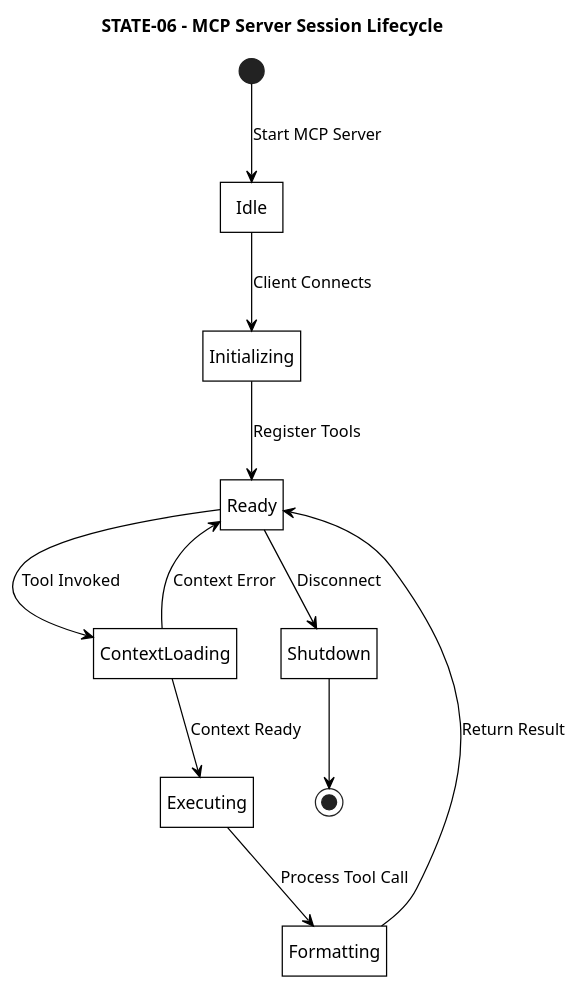
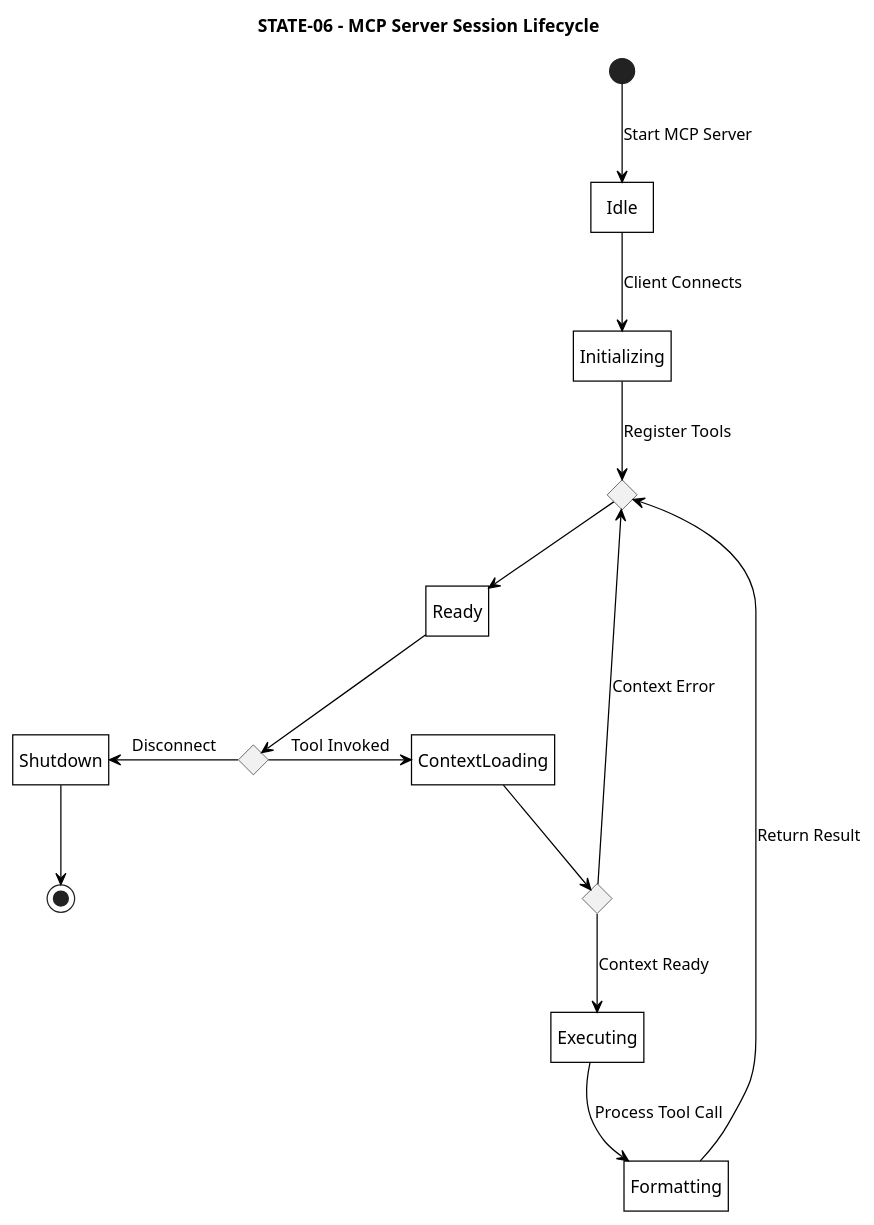
Before and after one commit to Litho-MD/uet-fyp-docs: the diagram in diagrams/puml/state-machine/06-mcp-session.puml, drawn with PlantUML. The commit also changed 17 other files, not shown here.

Commit message:
feat(diagrams): update state machine diagrams with diamond loops, clean exits, and monochrome styling

```diff
--- a/diagrams/puml/state-machine/06-mcp-session.puml
+++ b/diagrams/puml/state-machine/06-mcp-session.puml
@@ -1,35 +1,44 @@
 @startuml STATE-06-mcp-session
 title STATE-06 - MCP Server Session Lifecycle
 
 hide empty description
 
 skinparam monochrome true
 skinparam backgroundColor white
 skinparam shadowing false
 skinparam defaultTextAlignment center
 skinparam roundCorner 0
 skinparam ArrowColor black
 skinparam defaultFontColor black
 skinparam stateBorderThickness 1
 skinparam state {
     BackgroundColor white
     BorderColor black
     FontColor black
 }
 
-[*] --> Idle : Start MCP Server
+state c_ready_in <<choice>>
 
-Idle --> Initializing : Client Connects
-Initializing --> Ready : Register Tools
+[*] -down-> Idle : Start MCP Server
 
-Ready --> ContextLoading : Tool Invoked
-ContextLoading --> Ready : Context Error
-ContextLoading --> Executing : Context Ready
+Idle -down-> Initializing : Client Connects
+Initializing -down-> c_ready_in : Register Tools
+c_ready_in -down-> Ready
 
-Executing --> Formatting : Process Tool Call
-Formatting --> Ready : Return Result
+state c_ready <<choice>>
+Ready -down-> c_ready
 
-Ready --> Shutdown : Disconnect
-Shutdown --> [*]
+c_ready -right-> ContextLoading : Tool Invoked
+c_ready -left-> Shutdown : Disconnect
+
+state c_ctx <<choice>>
+ContextLoading -down-> c_ctx
+c_ctx -left-> c_ready_in : Context Error
+c_ctx -down-> Executing : Context Ready
+
+Executing -down-> Formatting : Process Tool Call
+Formatting -left-> c_ready_in : Return Result
+
+Shutdown -down-> [*]
 
 @enduml
```
